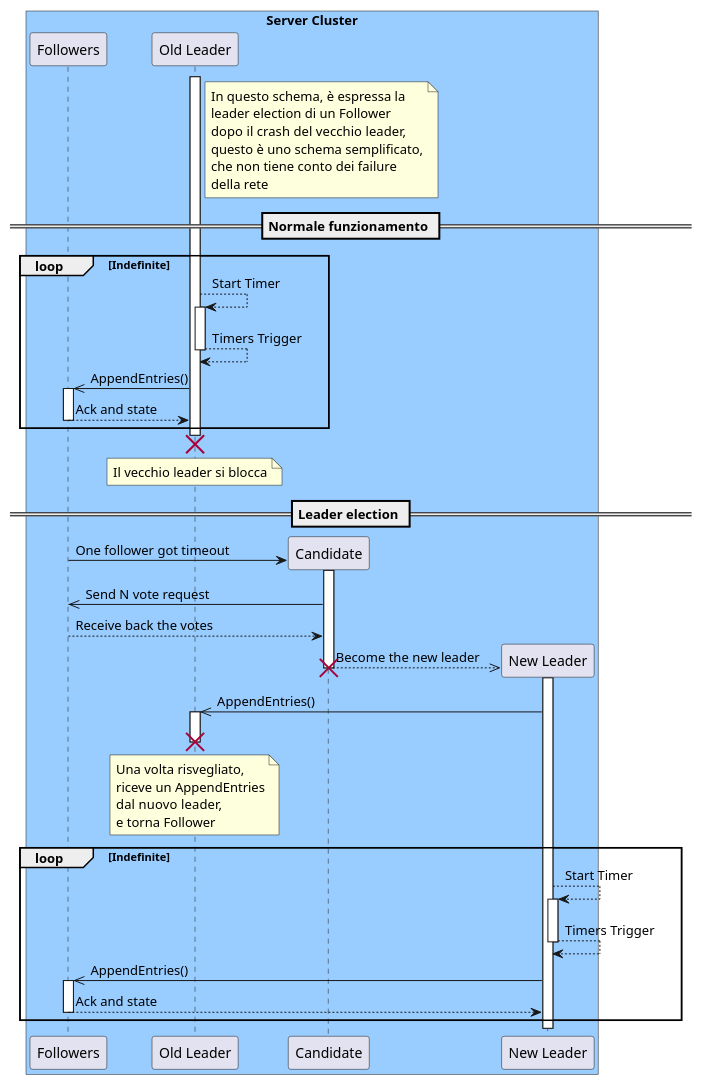
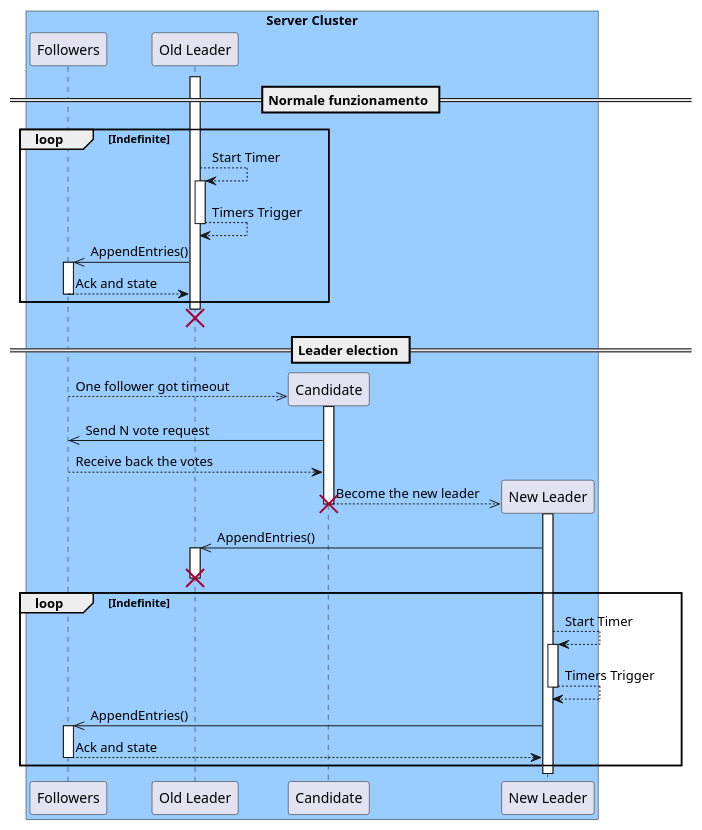
One commit to thedevstone/akka-raft changed the diagram in doc/plantuml/SeqDiagram/LeaderElection.plantuml. Above: the diagram before and after it, drawn with PlantUML. The commit also changed 2 other files, not shown here.

Commit message:
Rimozione note solo da immagini(restano commentate nel sorgente), lievi modifiche di orientamento frecce nei diagrammi a stati e andate a capo più frequenti per ottimizzare lo spazio

```diff
--- a/doc/plantuml/SeqDiagram/LeaderElection.plantuml
+++ b/doc/plantuml/SeqDiagram/LeaderElection.plantuml
@@ -1,58 +1,58 @@
 @startuml
     
 
   box "Server Cluster" #99CCFF 
     participant "Followers" as Followers
     participant "Old Leader" as OldLeader
     participant "Candidate" as Candidate
     participant "New Leader" as Leader
   activate OldLeader
 
-  note right OldLeader
+  /'note right OldLeader
     In questo schema, è espressa la
     leader election di un Follower
     dopo il crash del vecchio leader,
     questo è uno schema semplificato,
     che non tiene conto dei failure 
     della rete
-  end note
+  end note'/
   == Normale funzionamento ==
   loop Indefinite
     OldLeader --> OldLeader ++ : Start Timer
     return Timers Trigger
     OldLeader ->> Followers : AppendEntries()
     activate Followers
     Followers --> OldLeader : Ack and state
     deactivate Followers
   end group
     destroy OldLeader 
-  note over OldLeader :Il vecchio leader si blocca
+  'note over OldLeader :Il vecchio leader si blocca
   == Leader election ==
-  Followers -> Candidate ** : One follower got timeout
+  Followers -->> Candidate ** : One follower got timeout
   activate Candidate
   Candidate ->> Followers : Send N vote request
   Followers --> Candidate : Receive back the votes
   
   Candidate -->> Leader ** : Become the new leader
   activate Leader
   deactivate Candidate 
   destroy Candidate
   Leader ->> OldLeader : AppendEntries()
   activate OldLeader
-  note Over OldLeader 
+  /'note Over OldLeader 
     Una volta risvegliato,
     riceve un AppendEntries
     dal nuovo leader,
     e torna Follower
-  end note
+  end note'/
   destroy OldLeader
   loop Indefinite
     Leader --> Leader ++ : Start Timer
     return Timers Trigger
     Leader ->> Followers : AppendEntries()
     activate Followers
     Followers --> Leader : Ack and state
     deactivate Followers
   end group
 end box
 @enduml
```
